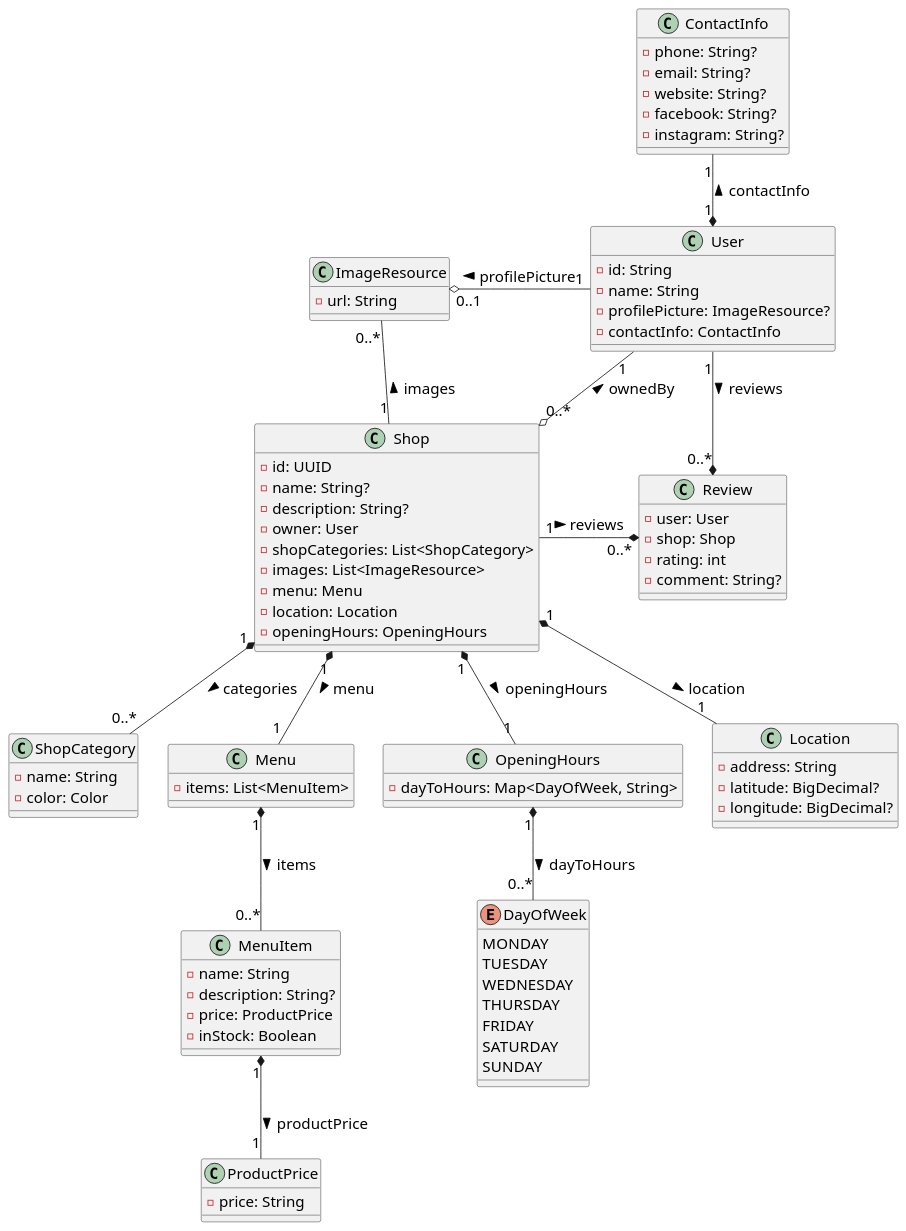
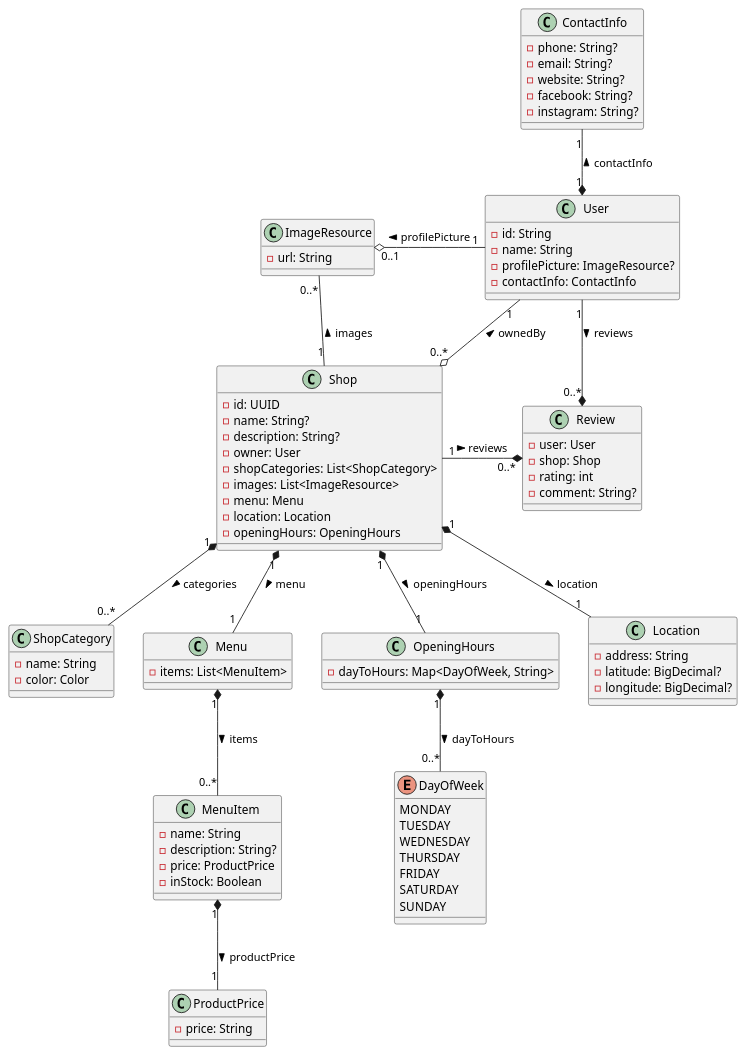
The diagram in docs/diagram/class_diagram.puml (tondracek/my-farmer), drawn with PlantUML before and after one commit. The commit also changed 2 other files, not shown here.

```diff
--- a/docs/diagram/class_diagram.puml
+++ b/docs/diagram/class_diagram.puml
@@ -1,123 +1,121 @@
 @startuml
-
-skinparam defaultFontSize 18
 
 skinparam backgroundColor #FFFFFF
 
 class ImageResource {
     - url: String
 }
 
 ' ----------------------------------- '
 
 class User {
     - id: String
     - name: String
     - profilePicture: ImageResource?
     - contactInfo: ContactInfo
 }
 
 User "1" -Lo "0..1" ImageResource : profilePicture >
 
 ' ----------------------------------- '
 
 class ContactInfo {
     - phone: String?
     - email: String?
     - website: String?
     - facebook: String?
     - instagram: String?
 }
 
 User "1" *-U- "1" ContactInfo : contactInfo >
 
 ' ----------------------------------- '
 
 class Shop {
     - id: UUID
     - name: String?
     - description: String?
     - owner: User
     - shopCategories: List<ShopCategory>
     - images: List<ImageResource>
     - menu: Menu
     - location: Location
     - openingHours: OpeningHours
 }
 
 User "1" --o "0..*" Shop : ownedBy <
 
 Shop "1" -U- "0..*" ImageResource : images >
 
 ' ----------------------------------- '
 
 class ShopCategory {
     - name: String
     - color: Color
 }
 
 Shop "1" *-- "0..*" ShopCategory : categories >
 
 ' ----------------------------------- '
 
 class Menu {
     - items: List<MenuItem>
 }
 
 class MenuItem {
     - name: String
     - description: String?
     - price: ProductPrice
     - inStock: Boolean
 }
 
 class ProductPrice {
     - price: String
 }
 
 Shop "1" *-- "1" Menu : menu >
 Menu "1" *-- "0..*" MenuItem : items >
 MenuItem "1" *-- "1" ProductPrice : productPrice >
 
 ' ----------------------------------- '
 
 class OpeningHours {
     - dayToHours: Map<DayOfWeek, String>
 }
 
 enum DayOfWeek {
     MONDAY
     TUESDAY
     WEDNESDAY
     THURSDAY
     FRIDAY
     SATURDAY
     SUNDAY
 }
 
 Shop "1" *-- "1" OpeningHours : openingHours >
 OpeningHours "1" *-- "0..*" DayOfWeek : dayToHours >
 
 ' ----------------------------------- '
 
 class Location {
     - address: String
     - latitude: BigDecimal?
     - longitude: BigDecimal?
 }
 
 Shop "1" *-- "1" Location : location >
 
 ' ----------------------------------- '
 
 class Review {
     - user: User
     - shop: Shop
     - rating: int
     - comment: String?
 }
 
 Shop "1" -* "0..*" Review : reviews >
 User "1" -* "0..*" Review : reviews >
 
 @enduml
```
